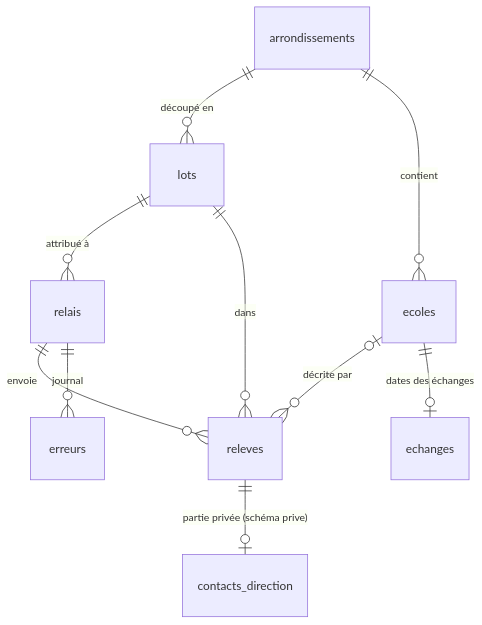
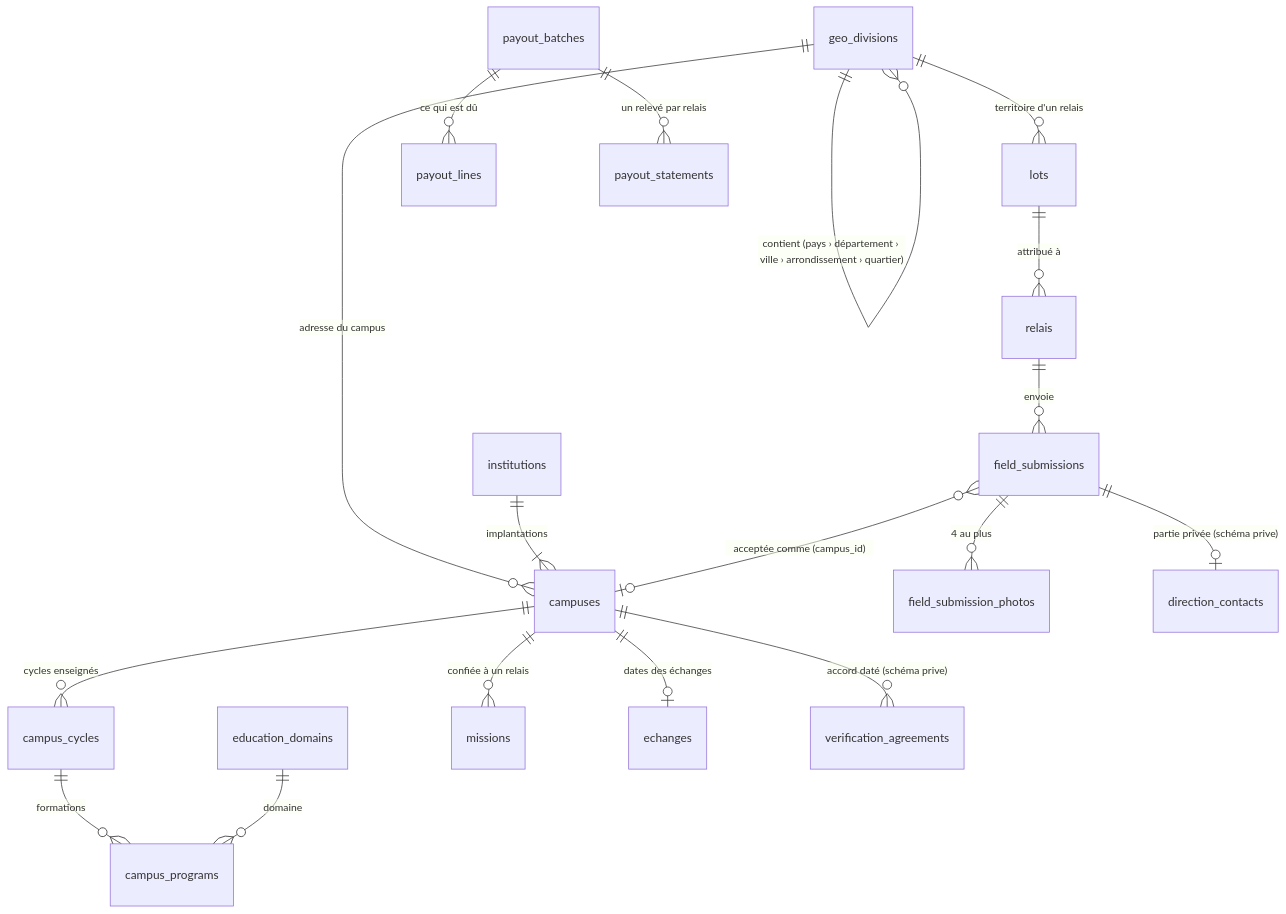
The diagram in supabase/schema.md (benaja-bendo/ntanova-site), drawn with Mermaid before and after one commit. The commit also changed other lines of this file and 1 other file, not shown here.

First line of the commit message:
docs: le schéma de la base en version 2, le guide pour sortir de Supabase, les règles du site à jour

````diff
--- a/supabase/schema.md
+++ b/supabase/schema.md
@@ -14,12 +16,20 @@
 ```mermaid
 erDiagram
-    arrondissements ||--o{ lots : "découpé en"
-    arrondissements ||--o{ ecoles : "contient"
+    geo_divisions ||--o{ geo_divisions : "contient (pays › département › ville › arrondissement › quartier)"
+    geo_divisions ||--o{ campuses : "adresse du campus"
+    geo_divisions ||--o{ lots : "territoire d'un relais"
+    institutions ||--|{ campuses : "implantations"
+    campuses ||--o{ campus_cycles : "cycles enseignés"
+    campus_cycles ||--o{ campus_programs : "formations"
+    education_domains ||--o{ campus_programs : "domaine"
     lots ||--o{ relais : "attribué à"
-    relais ||--o{ releves : "envoie"
-    lots ||--o{ releves : "dans"
-    ecoles |o--o{ releves : "décrite par"
-    releves ||--o| contacts_direction : "partie privée (schéma prive)"
-    ecoles ||--o| echanges : "dates des échanges"
-    relais ||--o{ erreurs : "journal"
+    relais ||--o{ field_submissions : "envoie"
+    field_submissions ||--o{ field_submission_photos : "4 au plus"
+    field_submissions ||--o| direction_contacts : "partie privée (schéma prive)"
+    field_submissions }o--o| campuses : "acceptée comme (campus_id)"
+    campuses ||--o{ missions : "confiée à un relais"
+    campuses ||--o| echanges : "dates des échanges"
+    campuses ||--o{ verification_agreements : "accord daté (schéma prive)"
+    payout_batches ||--o{ payout_lines : "ce qui est dû"
+    payout_batches ||--o{ payout_statements : "un relevé par relais"
 ```
````
